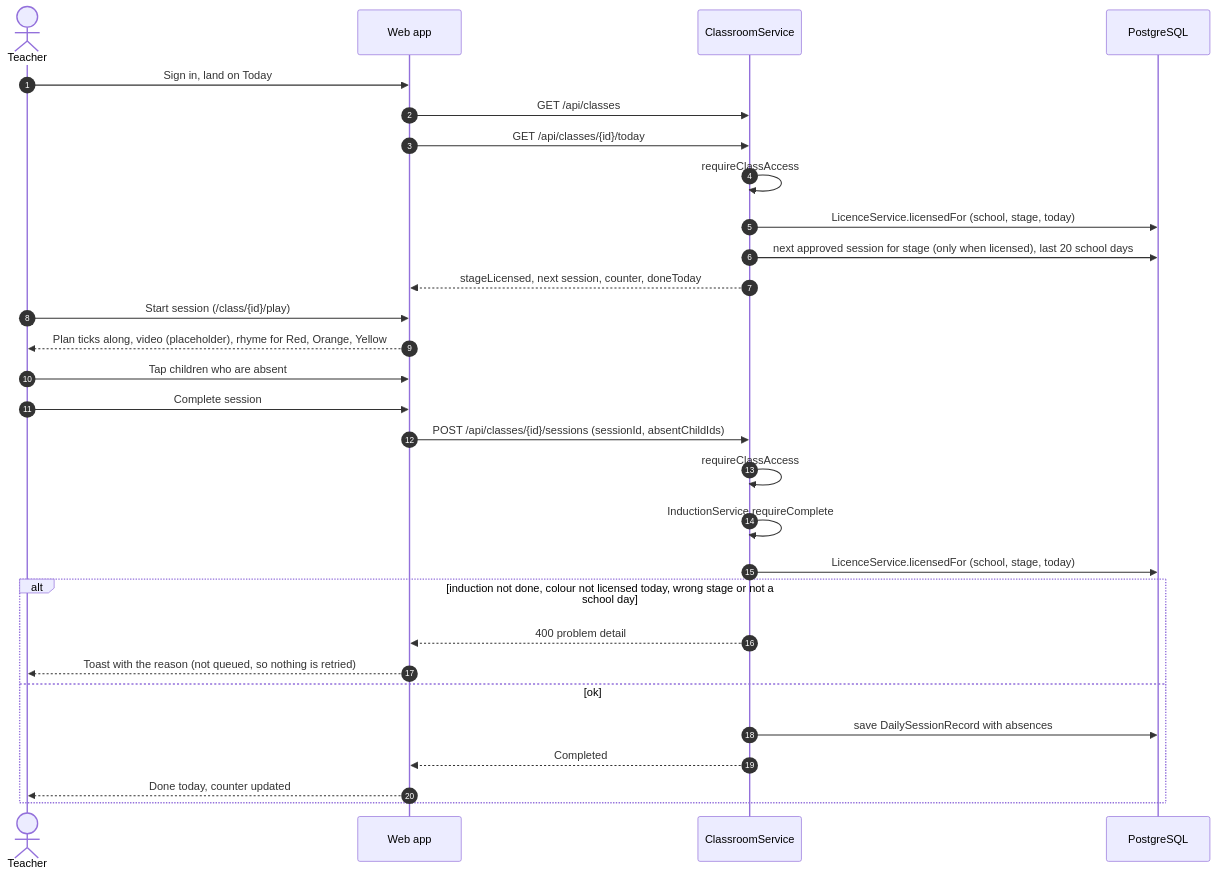
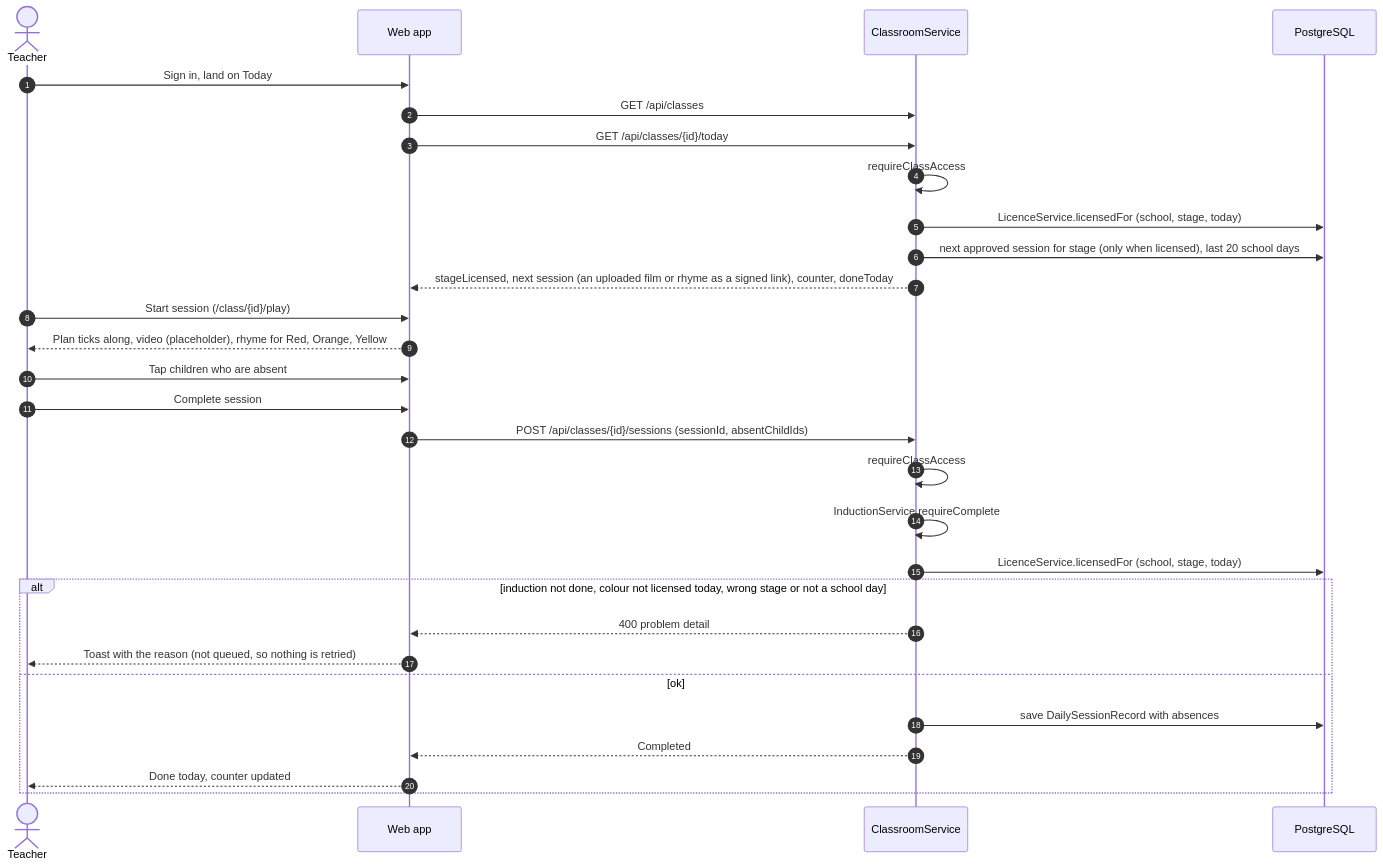
The second of 6 diagrams in docs/flows/1-class-teacher.md (ersagarnikam/MoterMoversPlatform), drawn with Mermaid before and after one commit. The commit also changed 5 other files, not shown here.

````diff
--- a/docs/flows/1-class-teacher.md
+++ b/docs/flows/1-class-teacher.md
@@ -68,31 +68,31 @@
 ```mermaid
 sequenceDiagram
   autonumber
   actor T as Teacher
   participant W as Web app
   participant API as ClassroomService
   participant DB as PostgreSQL
   T->>W: Sign in, land on Today
   W->>API: GET /api/classes
   W->>API: GET /api/classes/{id}/today
   API->>API: requireClassAccess
   API->>DB: LicenceService.licensedFor (school, stage, today)
   API->>DB: next approved session for stage (only when licensed), last 20 school days
-  API-->>W: stageLicensed, next session, counter, doneToday
+  API-->>W: stageLicensed, next session (an uploaded film or rhyme as a signed link), counter, doneToday
   T->>W: Start session (/class/{id}/play)
   W-->>T: Plan ticks along, video (placeholder), rhyme for Red, Orange, Yellow
   T->>W: Tap children who are absent
   T->>W: Complete session
   W->>API: POST /api/classes/{id}/sessions (sessionId, absentChildIds)
   API->>API: requireClassAccess
   API->>API: InductionService.requireComplete
   API->>DB: LicenceService.licensedFor (school, stage, today)
   alt induction not done, colour not licensed today, wrong stage or not a school day
     API-->>W: 400 problem detail
     W-->>T: Toast with the reason (not queued, so nothing is retried)
   else ok
     API->>DB: save DailySessionRecord with absences
     API-->>W: Completed
     W-->>T: Done today, counter updated
   end
 ```
````
